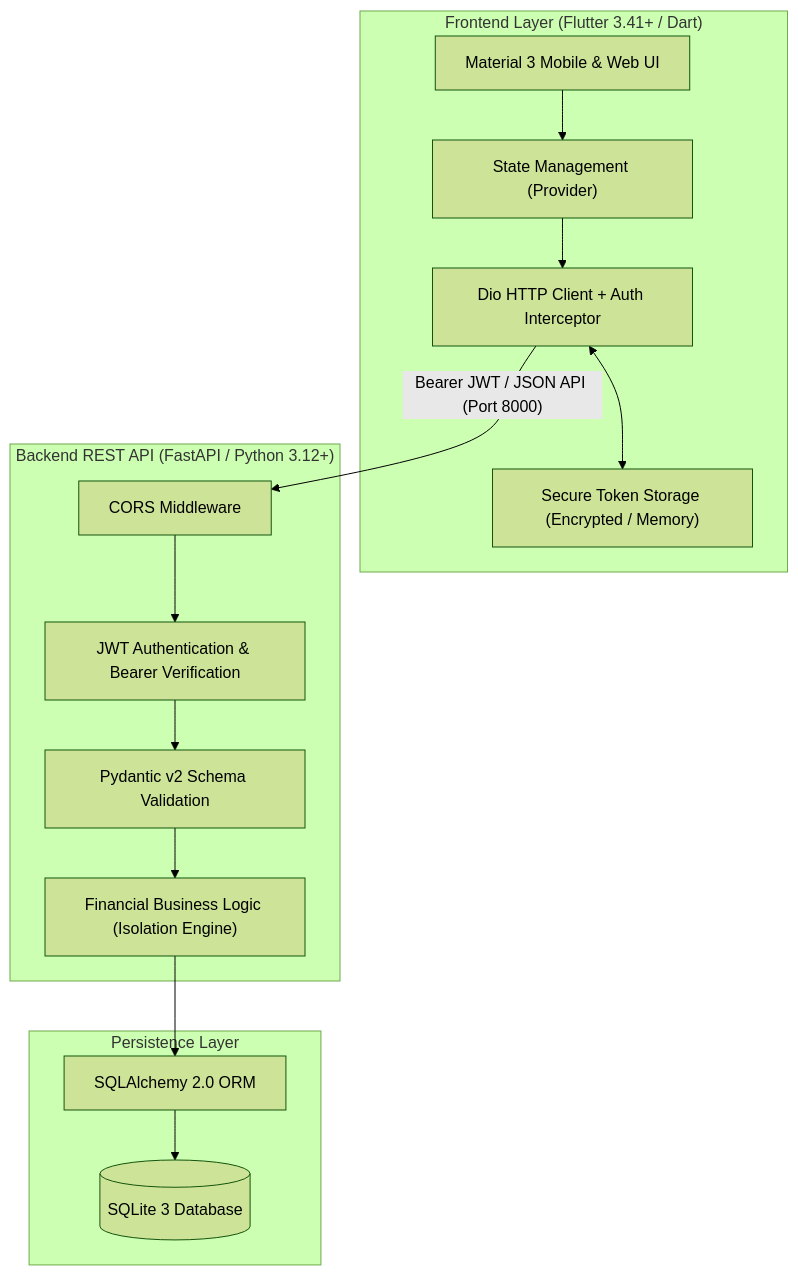
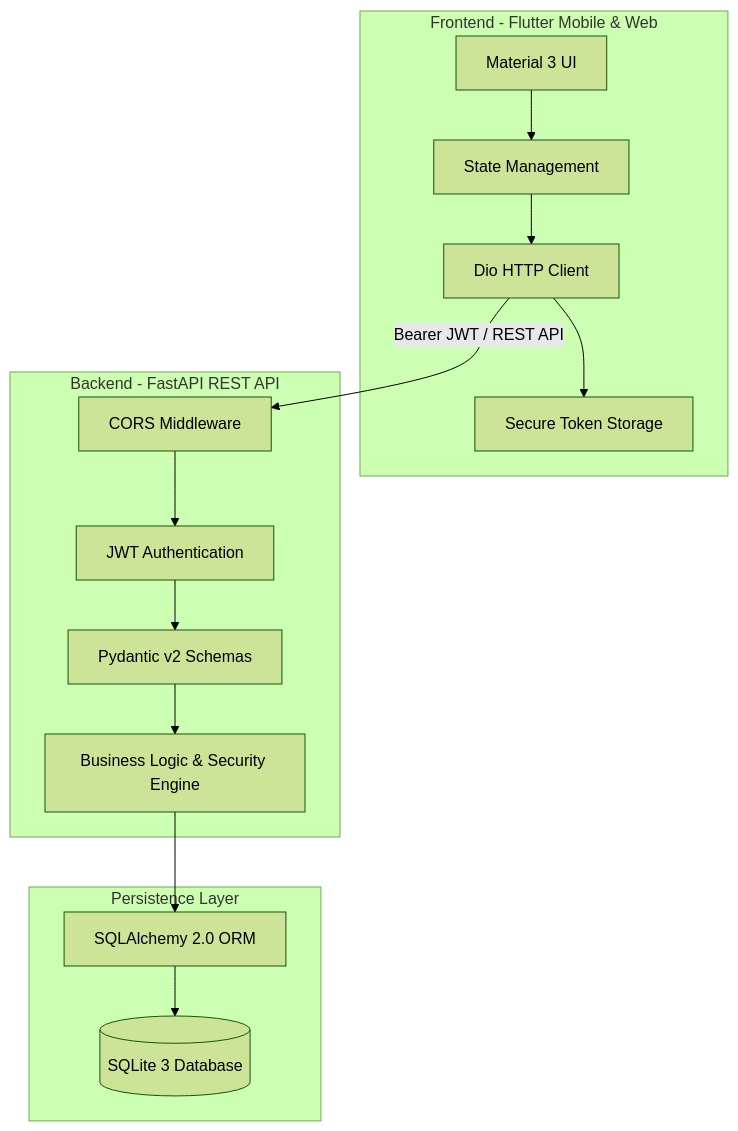
One commit to Sulana-UX/ExpenseWise changed the diagram in README.md. Above: the diagram before and after it, drawn with Mermaid (forest theme). The commit also changed other lines of this file and 3 other files, not shown here.

Commit message:
docs: add application screenshots and fix mermaid diagram syntax

````diff
--- a/README.md
+++ b/README.md
@@ -30,27 +30,21 @@
 ```mermaid
-graph TD
-    subgraph Client ["Frontend Layer (Flutter 3.41+ / Dart)"]
-        UI["Material 3 Mobile & Web UI"]
-        Provider["State Management (Provider)"]
-        DioClient["Dio HTTP Client + Auth Interceptor"]
-        SecureStore["Secure Token Storage (Encrypted / Memory)"]
-        UI --> Provider --> DioClient
-        DioClient <--> SecureStore
+flowchart TD
+    subgraph Frontend [Frontend - Flutter Mobile & Web]
+        UI[Material 3 UI] --> Provider[State Management]
+        Provider --> DioClient[Dio HTTP Client]
+        DioClient --> SecureStore[Secure Token Storage]
     end
 
-    subgraph API ["Backend REST API (FastAPI / Python 3.12+)"]
-        CORS["CORS Middleware"]
-        AuthMiddleware["JWT Authentication & Bearer Verification"]
-        Validators["Pydantic v2 Schema Validation"]
-        Services["Financial Business Logic (Isolation Engine)"]
-        CORS --> AuthMiddleware --> Validators --> Services
+    subgraph Backend [Backend - FastAPI REST API]
+        CORS[CORS Middleware] --> Auth[JWT Authentication]
+        Auth --> Validation[Pydantic v2 Schemas]
+        Validation --> Logic[Business Logic & Security Engine]
     end
 
-    subgraph Database ["Persistence Layer"]
-        ORM["SQLAlchemy 2.0 ORM"]
-        DB[("SQLite 3 Database")]
-        Services --> ORM --> DB
+    subgraph Database [Persistence Layer]
+        ORM[SQLAlchemy 2.0 ORM] --> SQLite[(SQLite 3 Database)]
+        Logic --> ORM
     end
 
-    DioClient -- "Bearer JWT / JSON API (Port 8000)" --> CORS
+    DioClient -->|Bearer JWT / REST API| CORS
 ```
````
